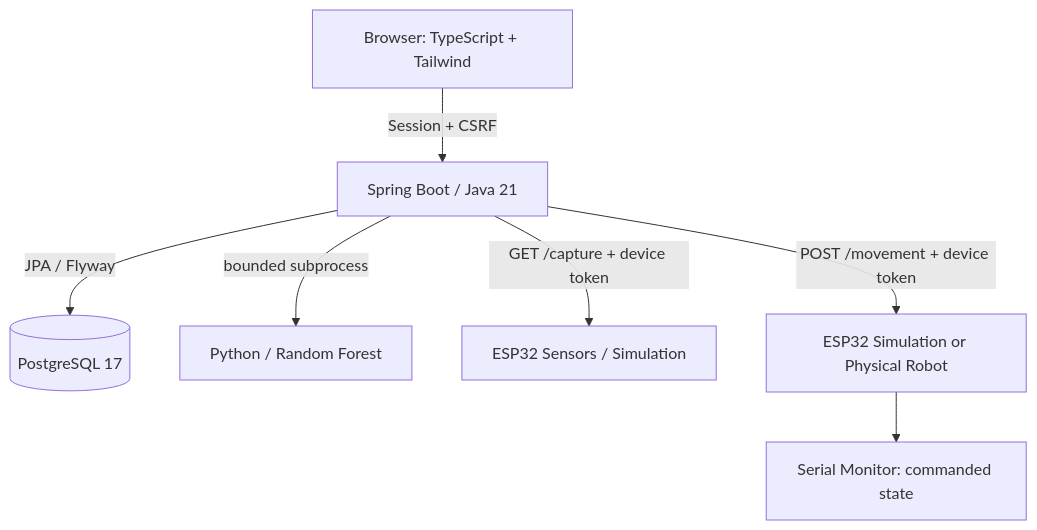
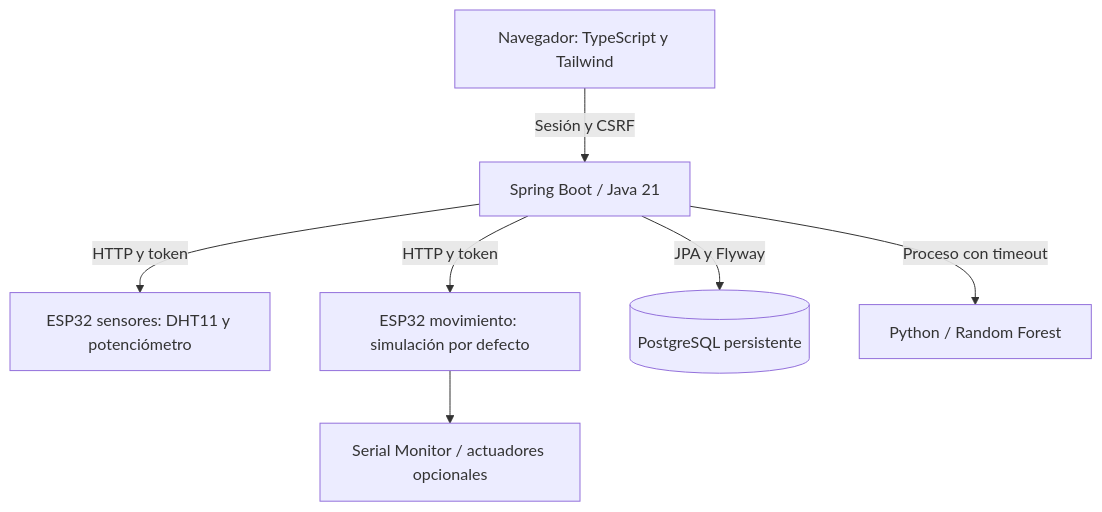
One commit to leonardolandeo-a11y/PlantClassifier changed the diagram in README.md. Above: the diagram before and after it, drawn with Mermaid. The commit also changed other lines of this file and 8 other files, not shown here.

````diff
--- a/README.md
+++ b/README.md
@@ -5,9 +14,9 @@
 ```mermaid
 flowchart TD
-    Browser[Browser: TypeScript + Tailwind] -->|Session + CSRF| Spring[Spring Boot / Java 21]
-    Spring -->|JPA / Flyway| DB[(PostgreSQL 17)]
-    Spring -->|bounded subprocess| ML[Python / Random Forest]
-    Spring -->|GET /capture + device token| Sensors[ESP32 Sensors / Simulation]
-    Spring -->|POST /movement + device token| Robot[ESP32 Simulation or Physical Robot]
-    Robot --> Serial[Serial Monitor: commanded state]
+    UI[Navegador: TypeScript y Tailwind] -->|Sesión y CSRF| API[Spring Boot / Java 21]
+    API -->|HTTP y token| SENSOR[ESP32 sensores: DHT11 y potenciómetro]
+    API -->|HTTP y token| MOTOR[ESP32 movimiento: simulación por defecto]
+    API -->|JPA y Flyway| DB[(PostgreSQL persistente)]
+    API -->|Proceso con timeout| ML[Python / Random Forest]
+    MOTOR --> SERIAL[Serial Monitor / actuadores opcionales]
 ```
````
